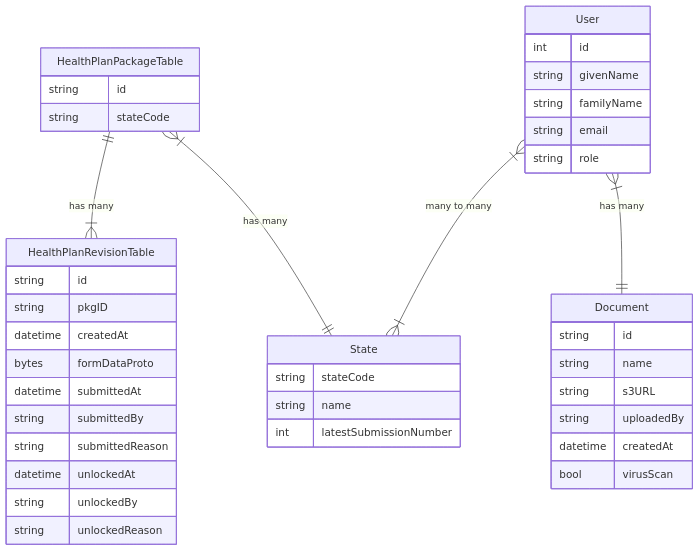
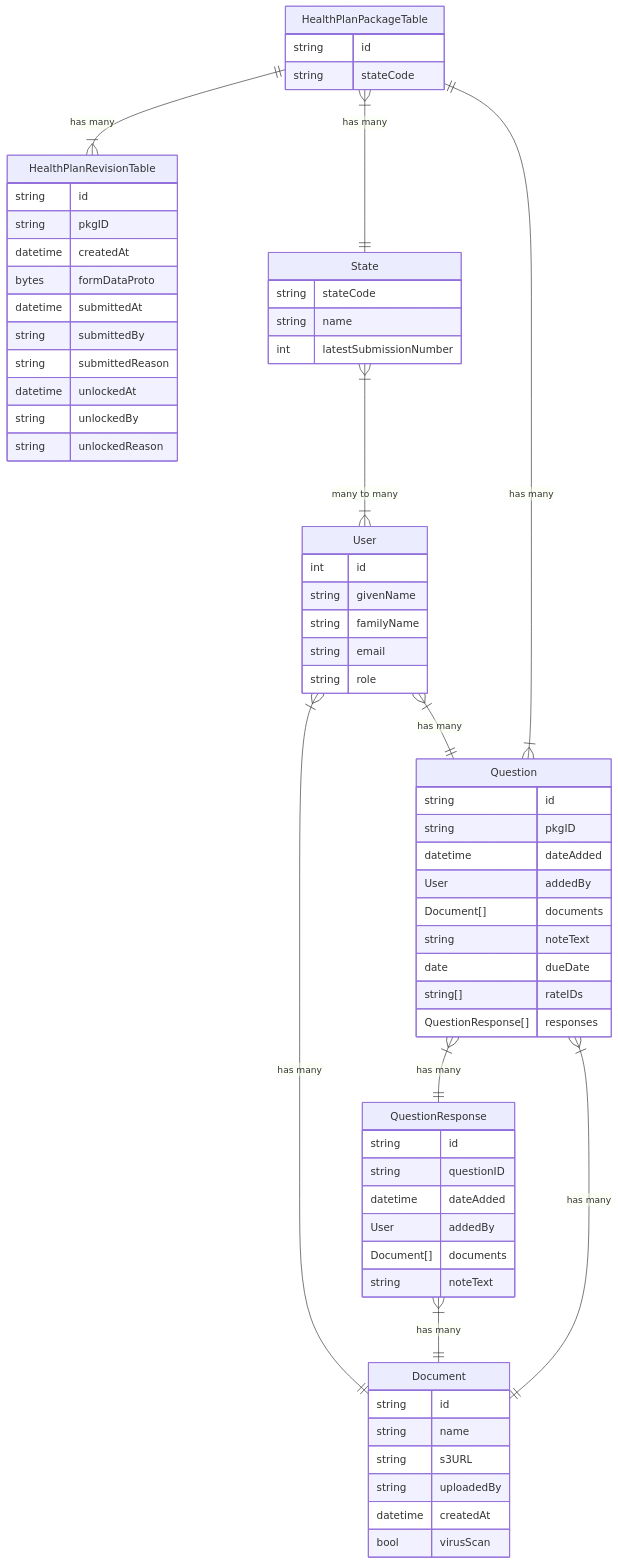
The diagram in docs/technical-design/database-diagram.md (Enterprise-CMCS/managed-care-review), drawn with Mermaid before and after one commit.

Commit message:
add qa tables

````diff
--- a/docs/technical-design/database-diagram.md
+++ b/docs/technical-design/database-diagram.md
@@ -3,51 +3,81 @@
 ```mermaid
 erDiagram
 
 HealthPlanPackageTable ||--|{ HealthPlanRevisionTable: "has many"
 HealthPlanPackageTable }|--|| State: "has many"
+HealthPlanPackageTable ||--|{ Question: "has many"
+State }|--|{ User: "many to many"
 
 HealthPlanPackageTable {
     string id
     string stateCode
 }
 
 HealthPlanRevisionTable {
     string id
     string pkgID
     datetime createdAt
     bytes   formDataProto
     datetime submittedAt
     string submittedBy
     string submittedReason
     datetime unlockedAt
     string unlockedBy
     string unlockedReason
 }
 
 State {
     string stateCode
     string name
     int latestSubmissionNumber
 }
 
 User {
     int id
     string givenName
     string familyName
     string email
     string role
 }
 
 Document {
     string id
     string name
     string s3URL
     string uploadedBy
     datetime createdAt
     bool virusScan
 }
 
 User }|--|| Document: "has many"
 
-User }|--|{ State: "many to many"
+User }|--|| Question: "has many"
+
+Question }|--|| QuestionResponse: "has many"
+
+Question }|--|| Document: "has many"
+
+QuestionResponse }|--|| Document: "has many"
+
+Question {
+    string id
+    string pkgID
+    datetime dateAdded
+    User addedBy
+    Document[] documents
+    string noteText
+    date dueDate
+    string[] rateIDs
+    QuestionResponse[] responses
+}
+
+QuestionResponse {
+    string id
+    string questionID
+    datetime dateAdded
+    User addedBy
+    Document[] documents
+    string noteText
+}
+
 ```
````
